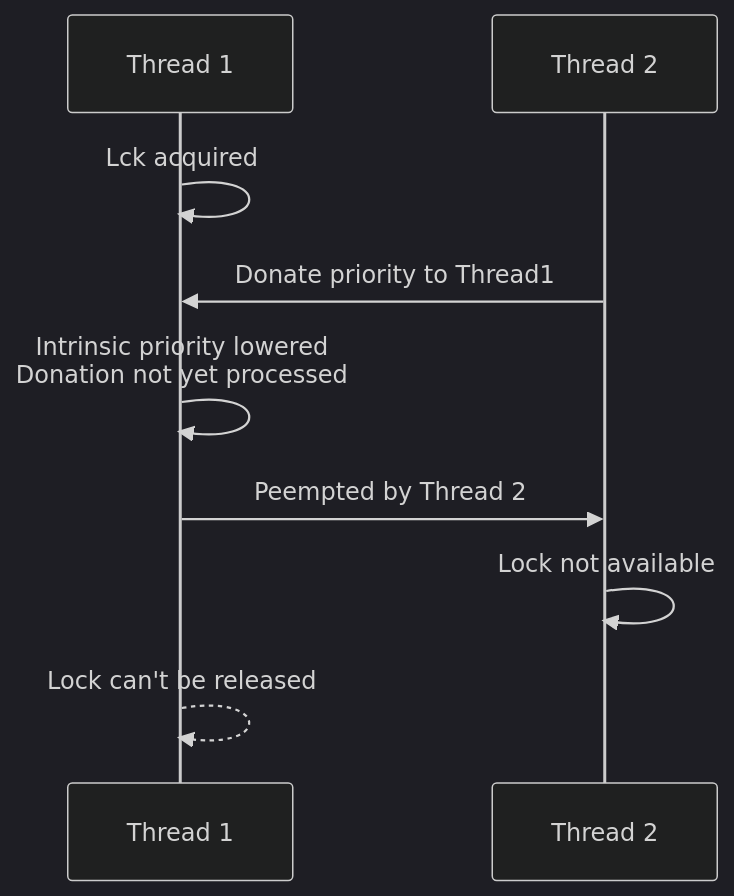
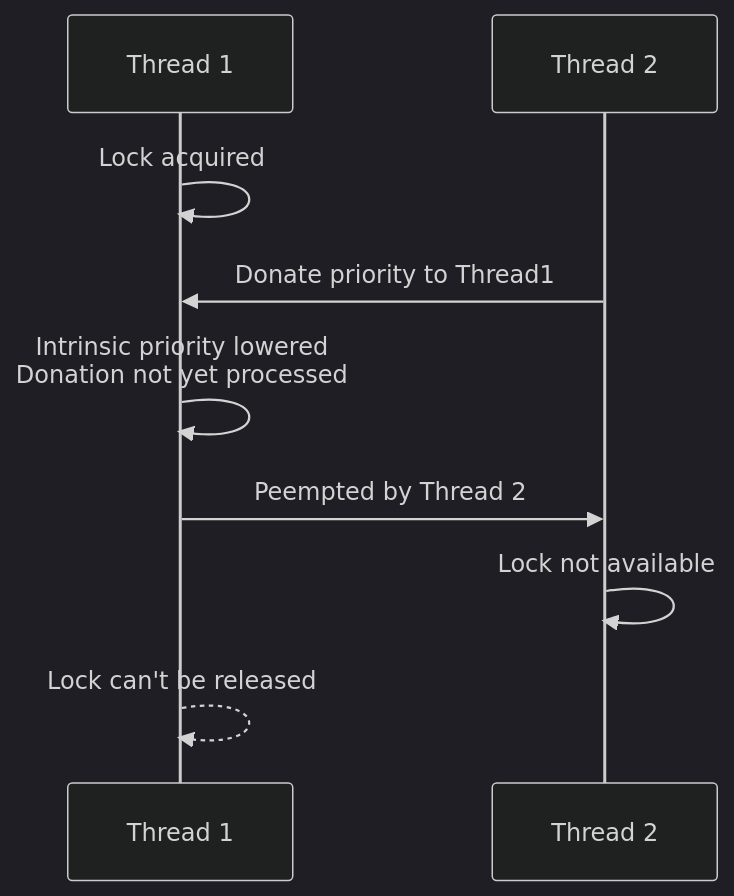
The second of 2 diagrams in threads/DESIGNDOC.md (Luxcoldury/pintos-projects), drawn with Mermaid (dark theme) before and after one commit.

Commit message:
fix small typo

````diff
--- a/threads/DESIGNDOC.md
+++ b/threads/DESIGNDOC.md
@@ -140,9 +140,9 @@
 ```mermaid
 sequenceDiagram
-	Thread 1->>Thread 1: Lck acquired
+	Thread 1->>Thread 1: Lock acquired
 	Thread 2->>Thread 1: Donate priority to Thread1
     Thread 1->>Thread 1: Intrinsic priority lowered<br>Donation not yet processed
     Thread 1->>Thread 2: Peempted by Thread 2
     Thread 2->>Thread 2: Lock not available
     Thread 1-->>Thread 1: Lock can't be released
 ```
````
